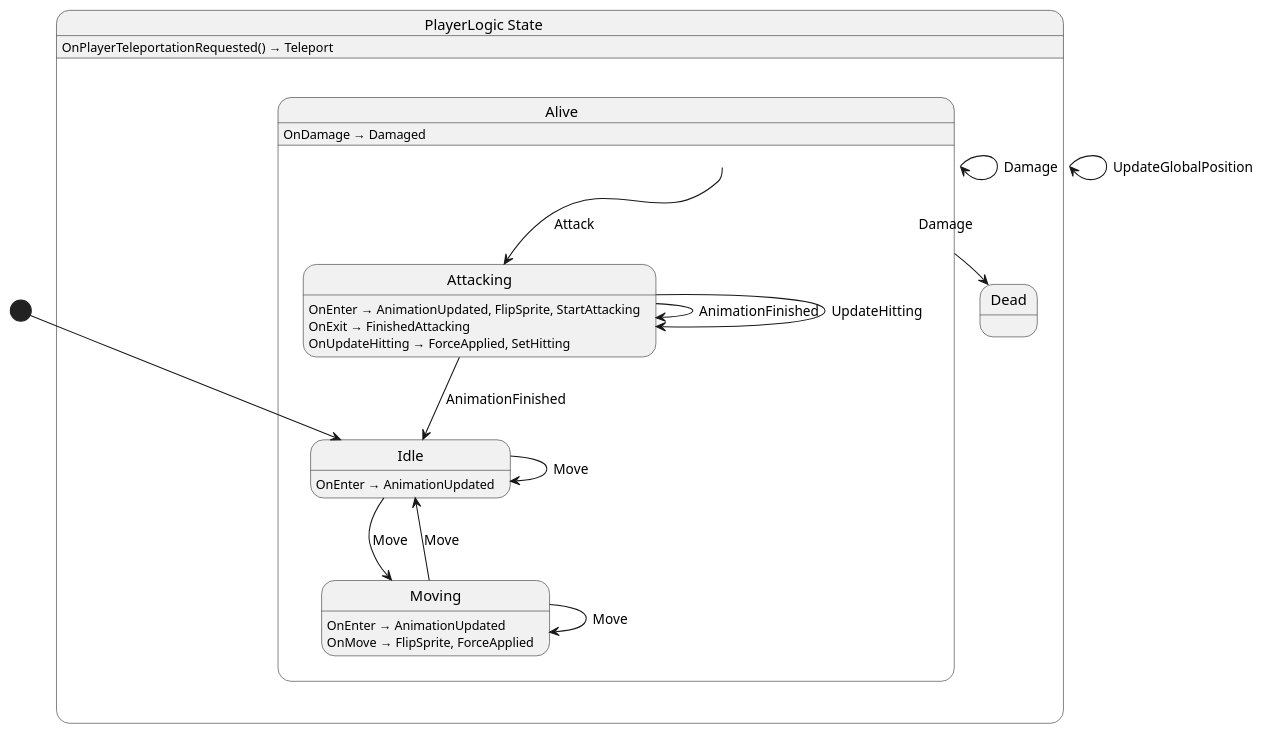
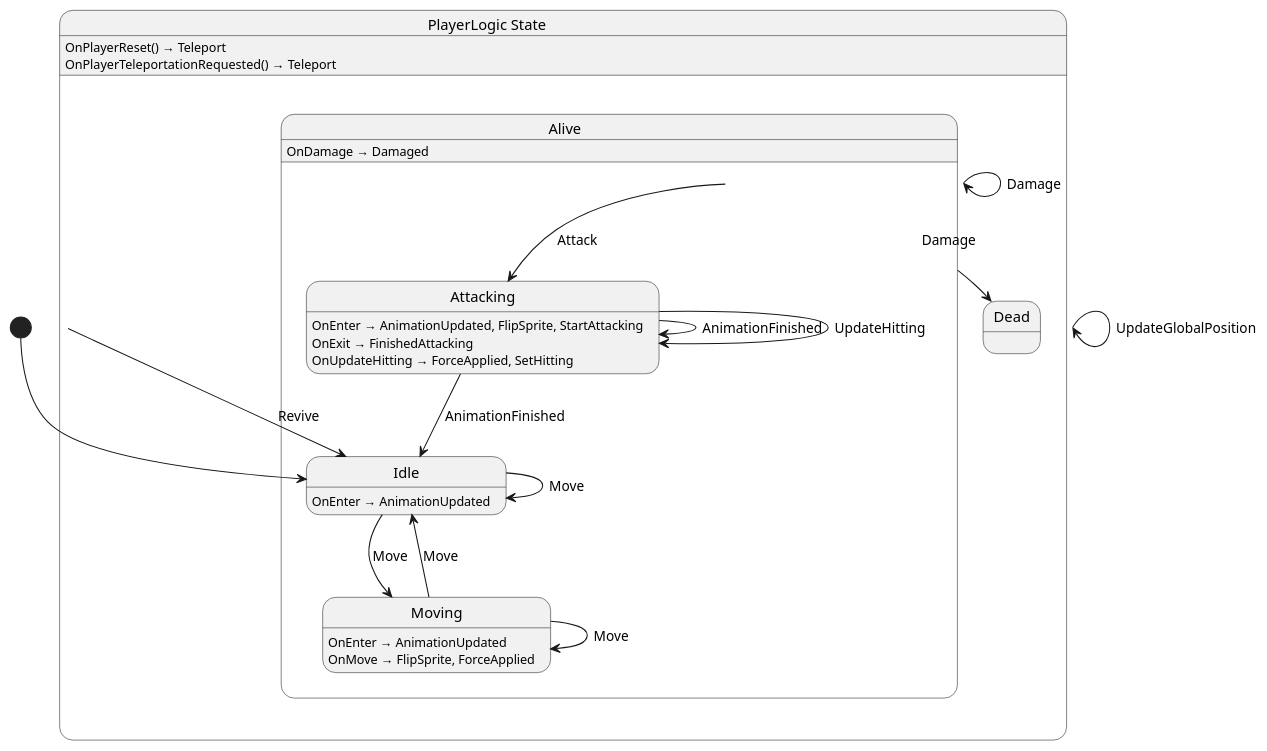
The diagram in src/player/state/PlayerLogic.g.puml (nilsiker/godot-wild-jam-77), drawn with PlantUML before and after one commit. The commit also changed 37 other files, not shown here.

```diff
--- a/src/player/state/PlayerLogic.g.puml
+++ b/src/player/state/PlayerLogic.g.puml
@@ -1,33 +1,35 @@
 @startuml PlayerLogic
 state "PlayerLogic State" as Nevergreen_PlayerLogic_State {
   state "Alive" as Nevergreen_PlayerLogic_State_Alive {
     state "Attacking" as Nevergreen_PlayerLogic_State_Alive_Attacking
     state "Idle" as Nevergreen_PlayerLogic_State_Alive_Idle
     state "Moving" as Nevergreen_PlayerLogic_State_Alive_Moving
   }
   state "Dead" as Nevergreen_PlayerLogic_State_Dead
 }
 
 Nevergreen_PlayerLogic_State --> Nevergreen_PlayerLogic_State : UpdateGlobalPosition
+Nevergreen_PlayerLogic_State --> Nevergreen_PlayerLogic_State_Alive_Idle : Revive
 Nevergreen_PlayerLogic_State_Alive --> Nevergreen_PlayerLogic_State_Alive : Damage
 Nevergreen_PlayerLogic_State_Alive --> Nevergreen_PlayerLogic_State_Alive_Attacking : Attack
 Nevergreen_PlayerLogic_State_Alive --> Nevergreen_PlayerLogic_State_Dead : Damage
 Nevergreen_PlayerLogic_State_Alive_Attacking --> Nevergreen_PlayerLogic_State_Alive_Attacking : AnimationFinished
 Nevergreen_PlayerLogic_State_Alive_Attacking --> Nevergreen_PlayerLogic_State_Alive_Attacking : UpdateHitting
 Nevergreen_PlayerLogic_State_Alive_Attacking --> Nevergreen_PlayerLogic_State_Alive_Idle : AnimationFinished
 Nevergreen_PlayerLogic_State_Alive_Idle --> Nevergreen_PlayerLogic_State_Alive_Idle : Move
 Nevergreen_PlayerLogic_State_Alive_Idle --> Nevergreen_PlayerLogic_State_Alive_Moving : Move
 Nevergreen_PlayerLogic_State_Alive_Moving --> Nevergreen_PlayerLogic_State_Alive_Idle : Move
 Nevergreen_PlayerLogic_State_Alive_Moving --> Nevergreen_PlayerLogic_State_Alive_Moving : Move
 
+Nevergreen_PlayerLogic_State : OnPlayerReset() → Teleport
 Nevergreen_PlayerLogic_State : OnPlayerTeleportationRequested() → Teleport
 Nevergreen_PlayerLogic_State_Alive : OnDamage → Damaged
 Nevergreen_PlayerLogic_State_Alive_Attacking : OnEnter → AnimationUpdated, FlipSprite, StartAttacking
 Nevergreen_PlayerLogic_State_Alive_Attacking : OnExit → FinishedAttacking
 Nevergreen_PlayerLogic_State_Alive_Attacking : OnUpdateHitting → ForceApplied, SetHitting
 Nevergreen_PlayerLogic_State_Alive_Idle : OnEnter → AnimationUpdated
 Nevergreen_PlayerLogic_State_Alive_Moving : OnEnter → AnimationUpdated
 Nevergreen_PlayerLogic_State_Alive_Moving : OnMove → FlipSprite, ForceApplied
 
 [*] --> Nevergreen_PlayerLogic_State_Alive_Idle
 @enduml
```
